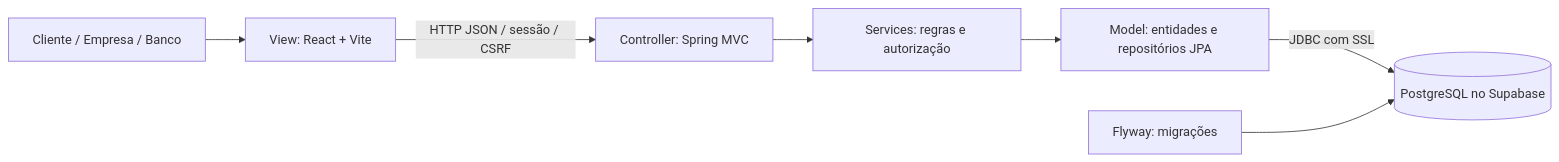
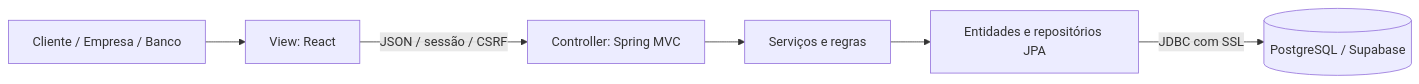
One commit to barskosa/DiawLab2 changed the diagram in README.md. Above: the diagram before and after it, drawn with Mermaid. The commit also changed other lines of this file and 24 other files, not shown here.

````diff
--- a/README.md
+++ b/README.md
@@ -101,9 +72,8 @@
 ```mermaid
 flowchart LR
-    U[Cliente / Empresa / Banco] --> V[View: React + Vite]
-    V -->|HTTP JSON / sessão / CSRF| C[Controller: Spring MVC]
-    C --> S[Services: regras e autorização]
-    S --> M[Model: entidades e repositórios JPA]
-    M -->|JDBC com SSL| D[(PostgreSQL no Supabase)]
-    F[Flyway: migrações] --> D
+    U[Cliente / Empresa / Banco] --> V[View: React]
+    V -->|JSON / sessão / CSRF| C[Controller: Spring MVC]
+    C --> S[Serviços e regras]
+    S --> M[Entidades e repositórios JPA]
+    M -->|JDBC com SSL| D[(PostgreSQL / Supabase)]
 ```
````
